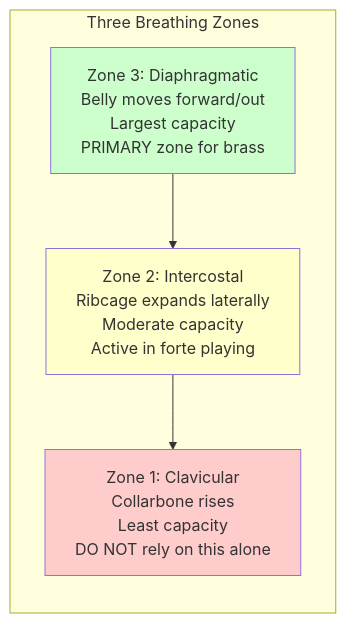
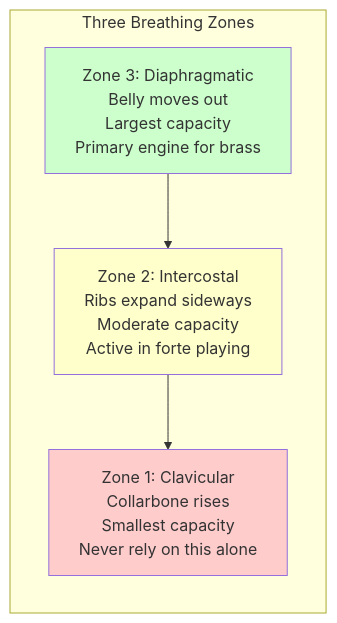
One commit to blebleblee/synapse changed the second of 4 diagrams in topics/arts/music_performance/brass/labs.md. Above: the diagram before and after it, drawn with Mermaid. The commit also changed other lines of this file and 4 other files, not shown here.

````diff
--- a/topics/arts/music_performance/brass/labs.md
+++ b/topics/arts/music_performance/brass/labs.md
@@ -70,13 +66,22 @@
 ```mermaid
 flowchart LR
     subgraph sub_zones ["Three Breathing Zones"]
-        Z1["Zone 1: Clavicular<br/>Collarbone rises<br/>Least capacity<br/>DO NOT rely on this alone"]
-        Z2["Zone 2: Intercostal<br/>Ribcage expands laterally<br/>Moderate capacity<br/>Active in forte playing"]
-        Z3["Zone 3: Diaphragmatic<br/>Belly moves forward/out<br/>Largest capacity<br/>PRIMARY zone for brass"]
+        Z1["Zone 1: Clavicular
+Collarbone rises
+Smallest capacity
+Never rely on this alone"]
+        Z2["Zone 2: Intercostal
+Ribs expand sideways
+Moderate capacity
+Active in forte playing"]
+        Z3["Zone 3: Diaphragmatic
+Belly moves out
+Largest capacity
+Primary engine for brass"]
     end
     Z3 --> Z2 --> Z1
 
     style Z1 fill:#ffcccc
     style Z2 fill:#ffffcc
     style Z3 fill:#ccffcc
 ```
````
